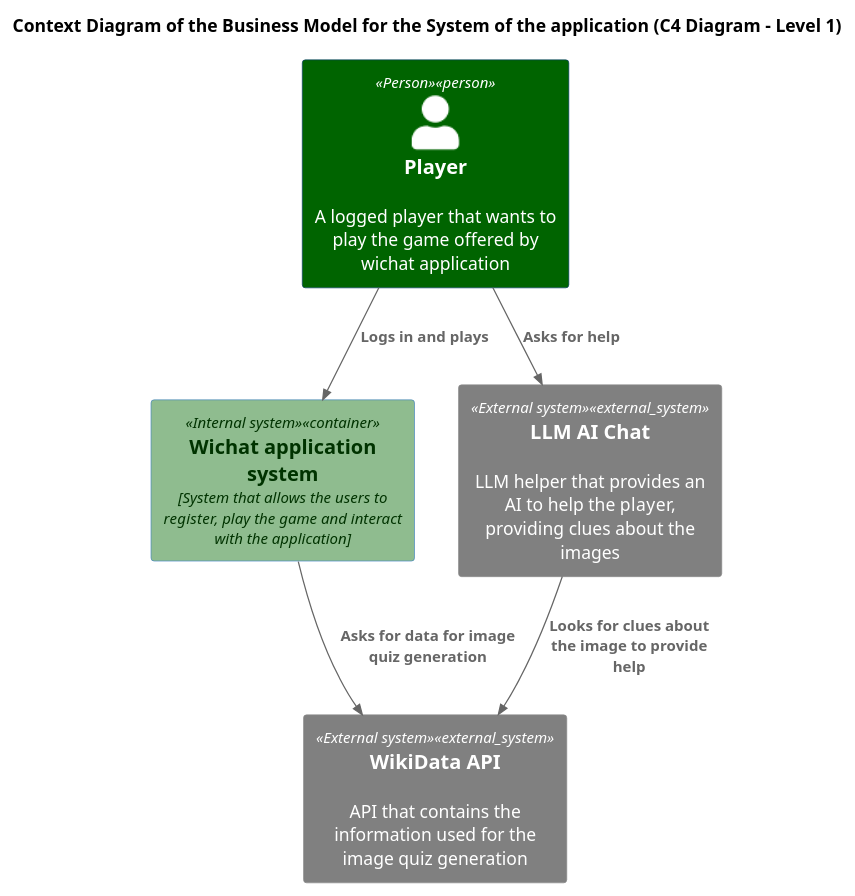
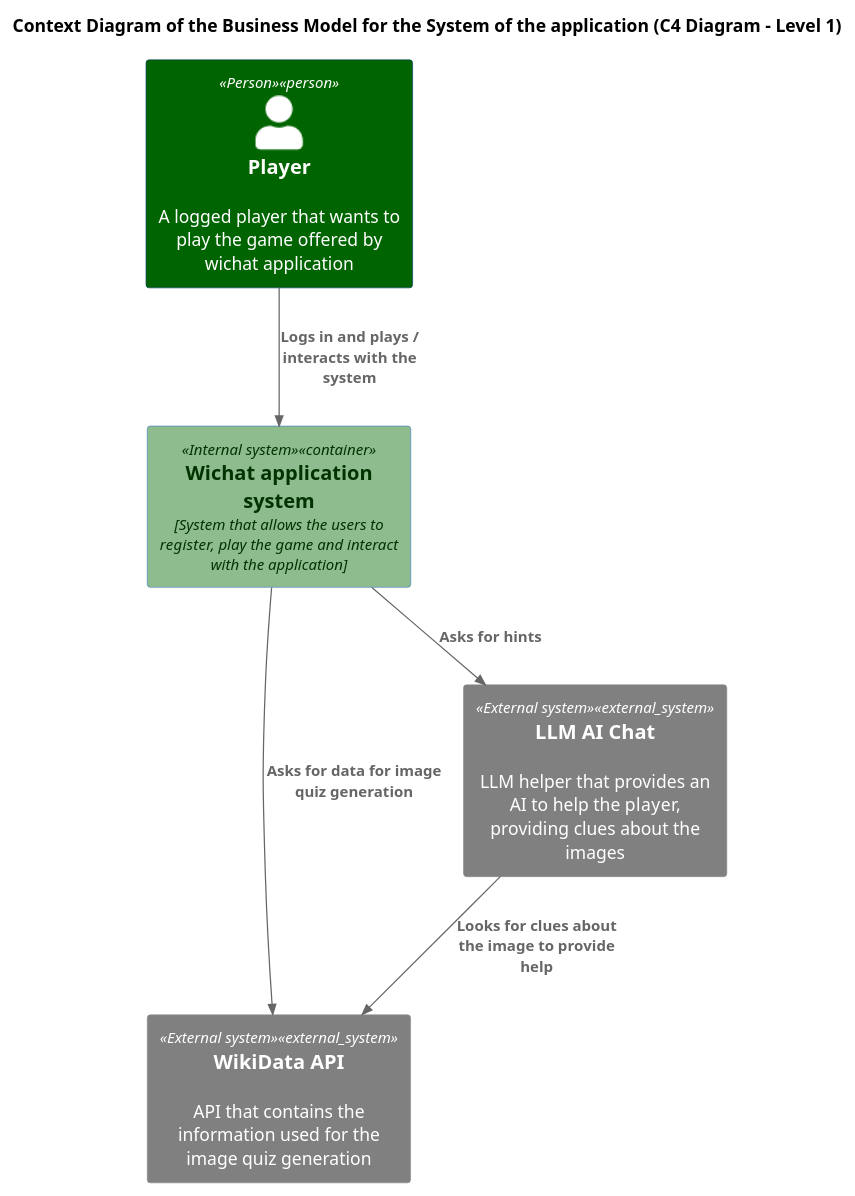
The diagram in docs/src/diagrams/C4_business_model_diagram.puml (Arquisoft/wichat_en1a), drawn with PlantUML before and after one commit. The commit also changed 4 other files, not shown here.

Commit message:
docs: Diagram fixes of the documentation sections 3, 5 and 6.

```diff
--- a/docs/src/diagrams/C4_business_model_diagram.puml
+++ b/docs/src/diagrams/C4_business_model_diagram.puml
@@ -1,21 +1,21 @@
 @startuml C4_Business_Model_Diagram
 !includeurl https://raw.githubusercontent.com/RicardoNiepel/C4-PlantUML/master/C4_Container.puml
 !include <c4/C4_Context.puml>
 
 title Context Diagram of the Business Model for the System of the application (C4 Diagram - Level 1)
 AddElementTag("Person", $bgColor="#darkgreen", $fontColor="#white")
 AddElementTag("Internal system", $bgColor="#darkseagreen", $fontColor="#003300")
 AddElementTag("External system", $bgColor="#gray", $fontColor="#white")
 
 'Containers
 Person(player, Player,"A logged player that wants to play the game offered by wichat application", $tags="Person")
 Container(wichat, "Wichat application system", "System that allows the users to register, play the game and interact with the application", $tags="Internal system")
 System_Ext(wikidata, "WikiData API", "API that contains the information used for the image quiz generation", $tags="External system")
 System_Ext(llm_chat, "LLM AI Chat", "LLM helper that provides an AI to help the player, providing clues about the images", $tags="External system")
 
 'RELATIONS
-Rel(player, wichat, "Logs in and plays")
-Rel(player, llm_chat, "Asks for help")
+Rel(player, wichat, "Logs in and plays / interacts with the system")
+Rel(wichat, llm_chat, "Asks for hints")
 Rel(llm_chat, wikidata, "Looks for clues about the image to provide help")
 Rel(wichat, wikidata, "Asks for data for image quiz generation")
 @enduml
```
